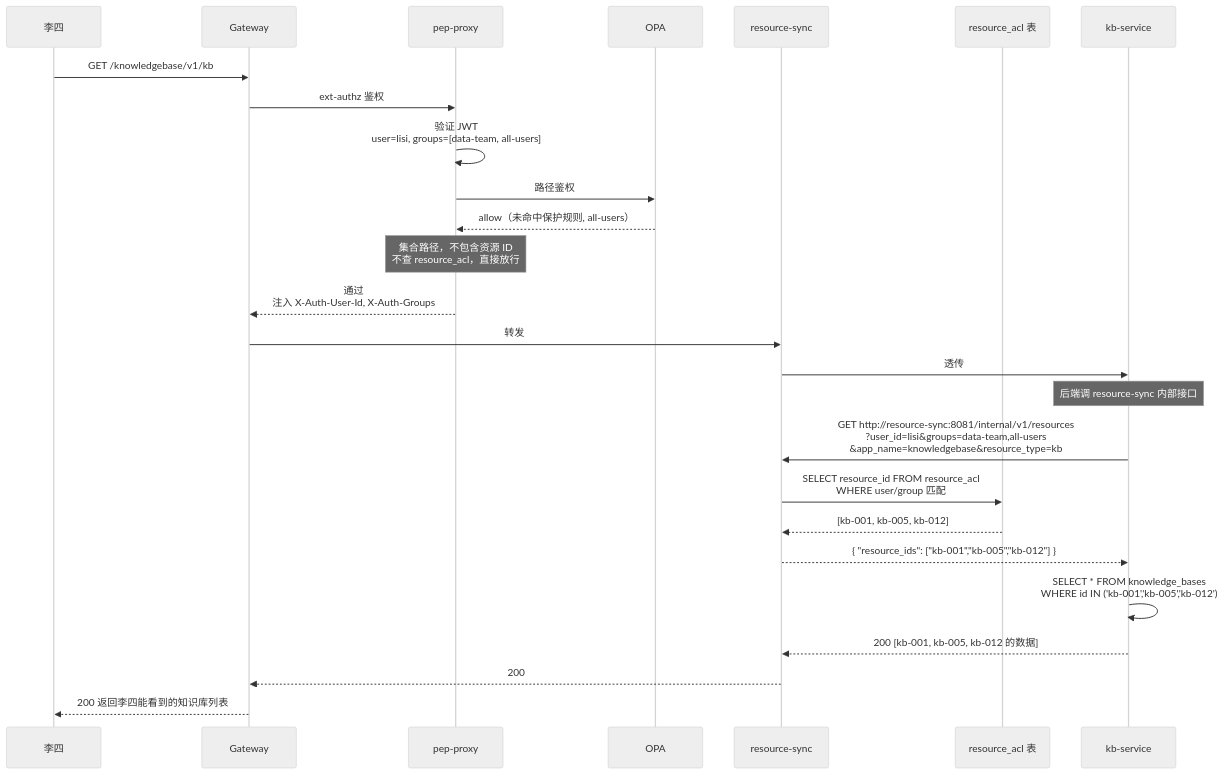
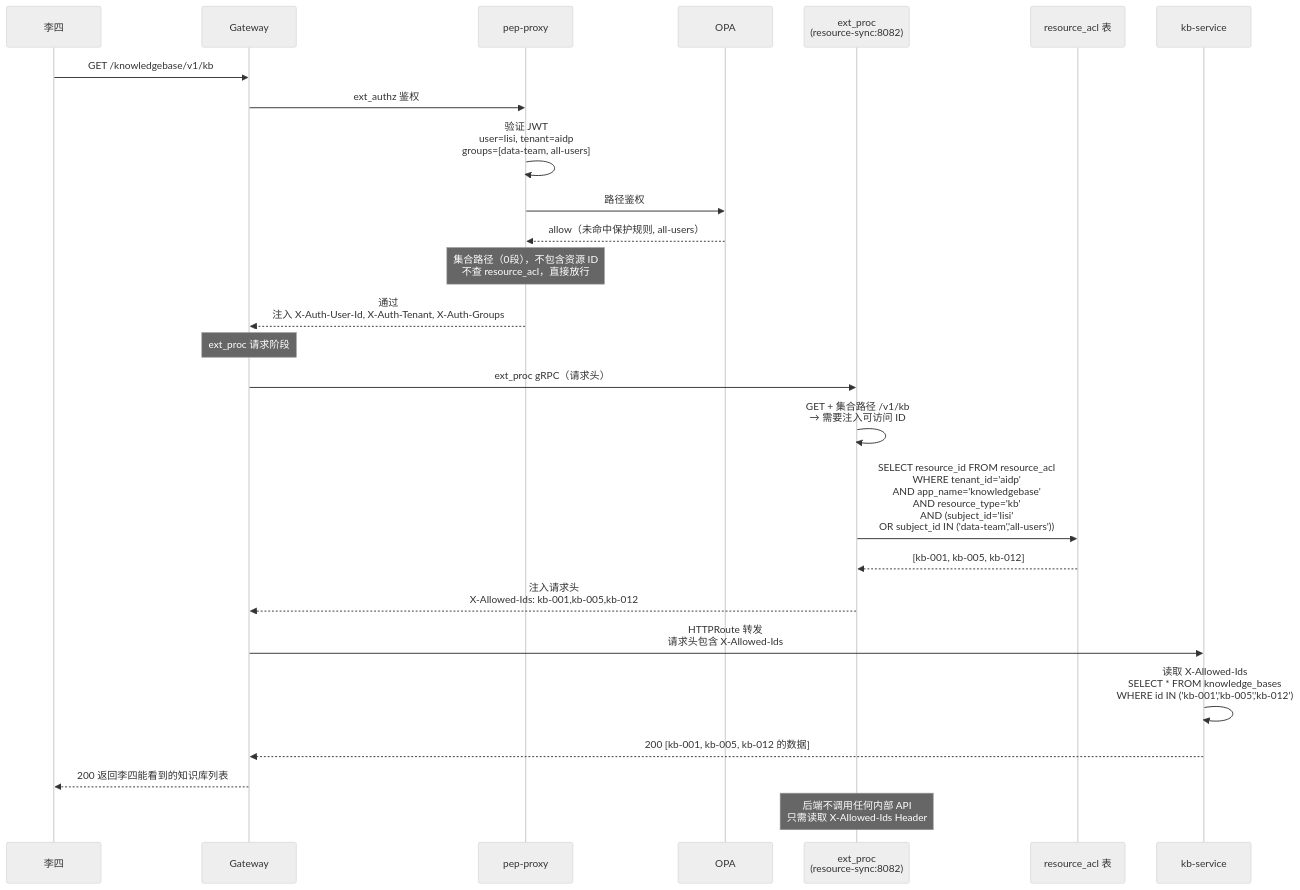
Diagram 14 of 15 in diagrams/request-flow.md (xiewanchao/aidp-iam), drawn with Mermaid (neutral theme) before and after one commit. The commit also changed other lines of this file and 5 other files, not shown here.

````diff
--- a/diagrams/request-flow.md
+++ b/diagrams/request-flow.md
@@ -454,34 +511,35 @@
 ```mermaid
 sequenceDiagram
     participant U as 李四
     participant GW as Gateway
     participant PEP as pep-proxy
     participant OPA as OPA
-    participant RS as resource-sync
+    participant EP as ext_proc<br/>(resource-sync:8082)
     participant DB as resource_acl 表
     participant KB as kb-service
 
     U->>GW: GET /knowledgebase/v1/kb
-    GW->>PEP: ext-authz 鉴权
+    GW->>PEP: ext_authz 鉴权
 
-    PEP->>PEP: 验证 JWT<br/>user=lisi, groups=[data-team, all-users]
+    PEP->>PEP: 验证 JWT<br/>user=lisi, tenant=aidp<br/>groups=[data-team, all-users]
     PEP->>OPA: 路径鉴权
     OPA-->>PEP: allow（未命中保护规则, all-users）
 
-    Note over PEP: 集合路径，不包含资源 ID<br/>不查 resource_acl，直接放行
+    Note over PEP: 集合路径（0段），不包含资源 ID<br/>不查 resource_acl，直接放行
 
-    PEP-->>GW: 通过<br/>注入 X-Auth-User-Id, X-Auth-Groups
-    GW->>RS: 转发
-    RS->>KB: 透传
+    PEP-->>GW: 通过<br/>注入 X-Auth-User-Id, X-Auth-Tenant, X-Auth-Groups
 
-    Note over KB: 后端调 resource-sync 内部接口
-    KB->>RS: GET http://resource-sync:8081/internal/v1/resources<br/>?user_id=lisi&groups=data-team,all-users<br/>&app_name=knowledgebase&resource_type=kb
-    RS->>DB: SELECT resource_id FROM resource_acl<br/>WHERE user/group 匹配
-    DB-->>RS: [kb-001, kb-005, kb-012]
-    RS-->>KB: { "resource_ids": ["kb-001","kb-005","kb-012"] }
+    Note over GW: ext_proc 请求阶段
+    GW->>EP: ext_proc gRPC（请求头）
+    EP->>EP: GET + 集合路径 /v1/kb<br/>→ 需要注入可访问 ID
+    EP->>DB: SELECT resource_id FROM resource_acl<br/>WHERE tenant_id='aidp'<br/>AND app_name='knowledgebase'<br/>AND resource_type='kb'<br/>AND (subject_id='lisi'<br/>OR subject_id IN ('data-team','all-users'))
+    DB-->>EP: [kb-001, kb-005, kb-012]
+    EP-->>GW: 注入请求头<br/>X-Allowed-Ids: kb-001,kb-005,kb-012
 
-    KB->>KB: SELECT * FROM knowledge_bases<br/>WHERE id IN ('kb-001','kb-005','kb-012')
-    KB-->>RS: 200 [kb-001, kb-005, kb-012 的数据]
-    RS-->>GW: 200
+    GW->>KB: HTTPRoute 转发<br/>请求头包含 X-Allowed-Ids
+    KB->>KB: 读取 X-Allowed-Ids<br/>SELECT * FROM knowledge_bases<br/>WHERE id IN ('kb-001','kb-005','kb-012')
+    KB-->>GW: 200 [kb-001, kb-005, kb-012 的数据]
     GW-->>U: 200 返回李四能看到的知识库列表
+
+    Note over EP: 后端不调用任何内部 API<br/>只需读取 X-Allowed-Ids Header
 ```
````
